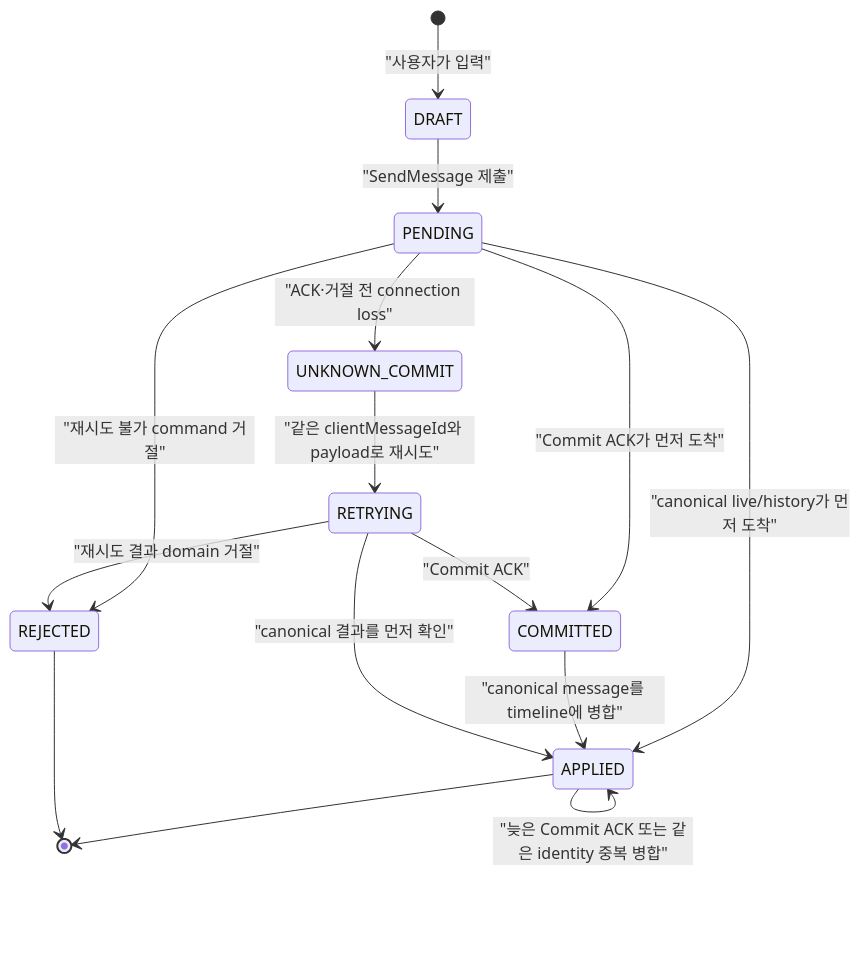
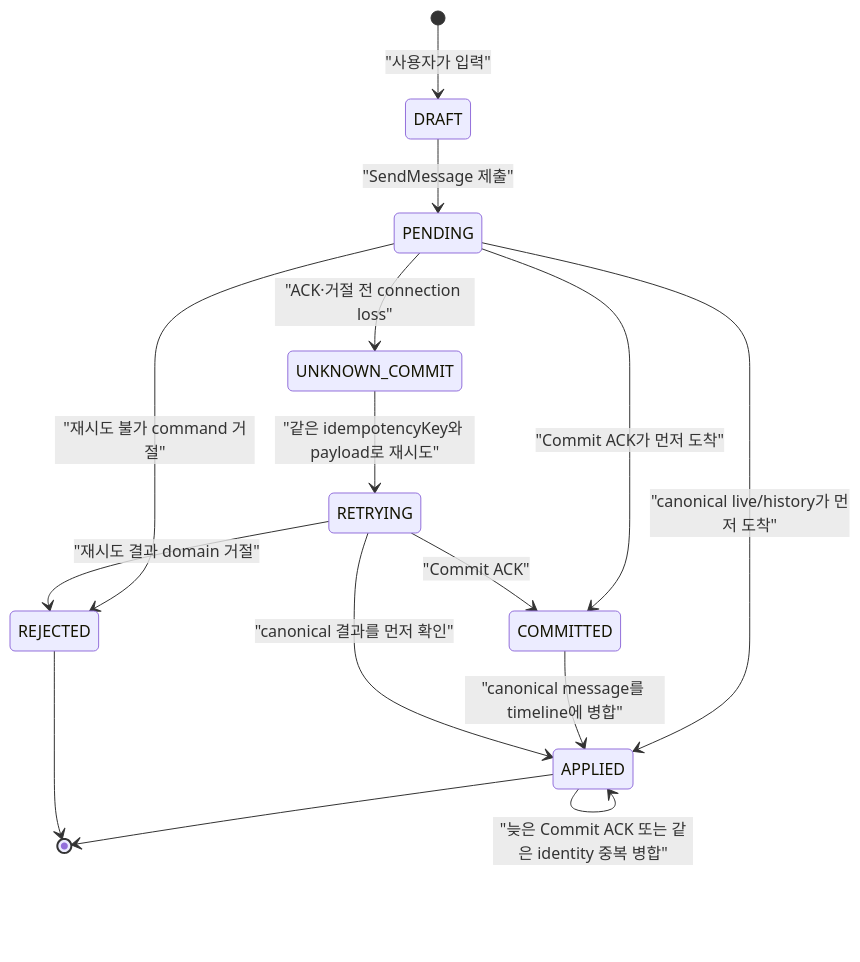
One commit to BlueCool12/wake-surfer changed the second of 7 diagrams in specs/realtime-chat-ui/04-glossary-and-state-machines.md. Above: the diagram before and after it, drawn with Mermaid. The commit also changed other lines of this file and 27 other files, not shown here.

````diff
--- a/specs/realtime-chat-ui/04-glossary-and-state-machines.md
+++ b/specs/realtime-chat-ui/04-glossary-and-state-machines.md
@@ -330,17 +329,17 @@
 ```mermaid
 stateDiagram-v2
   [*] --> DRAFT: "사용자가 입력"
   DRAFT --> PENDING: "SendMessage 제출"
   PENDING --> COMMITTED: "Commit ACK가 먼저 도착"
   PENDING --> APPLIED: "canonical live/history가 먼저 도착"
   COMMITTED --> APPLIED: "canonical message를 timeline에 병합"
   APPLIED --> APPLIED: "늦은 Commit ACK 또는 같은 identity 중복 병합"
   PENDING --> UNKNOWN_COMMIT: "ACK·거절 전 connection loss"
-  UNKNOWN_COMMIT --> RETRYING: "같은 clientMessageId와 payload로 재시도"
+  UNKNOWN_COMMIT --> RETRYING: "같은 idempotencyKey와 payload로 재시도"
   RETRYING --> COMMITTED: "Commit ACK"
   RETRYING --> APPLIED: "canonical 결과를 먼저 확인"
   PENDING --> REJECTED: "재시도 불가 command 거절"
   RETRYING --> REJECTED: "재시도 결과 domain 거절"
   APPLIED --> [*]
   REJECTED --> [*]
 ```
````
